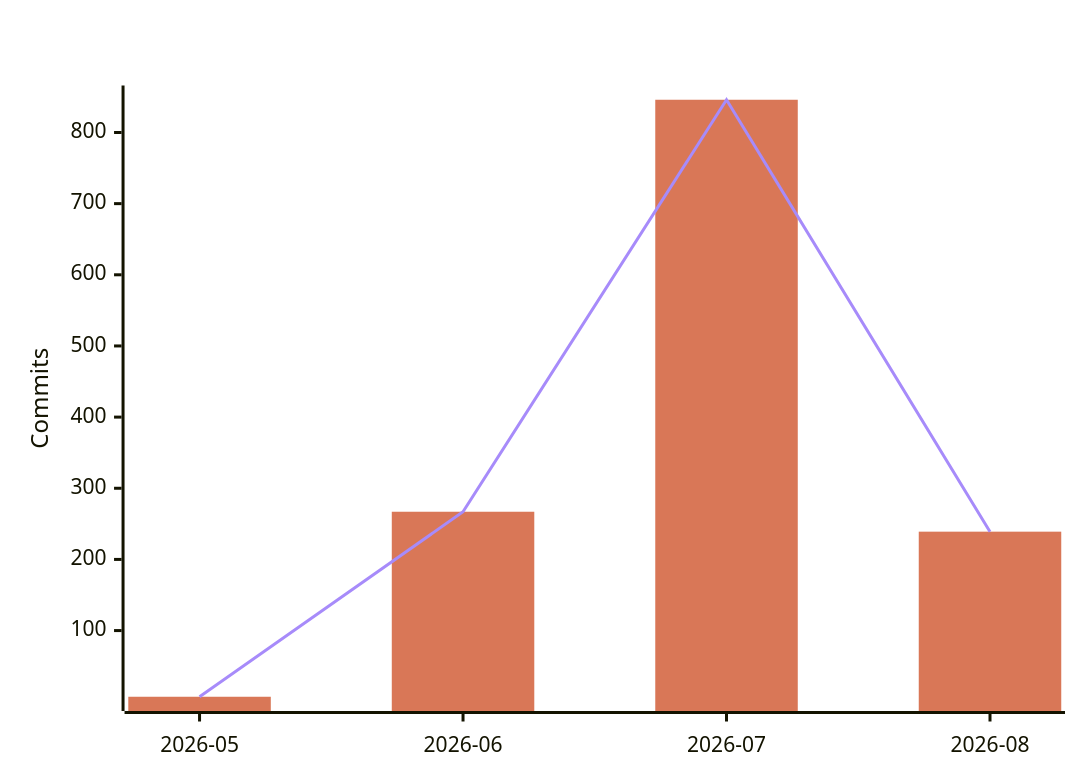
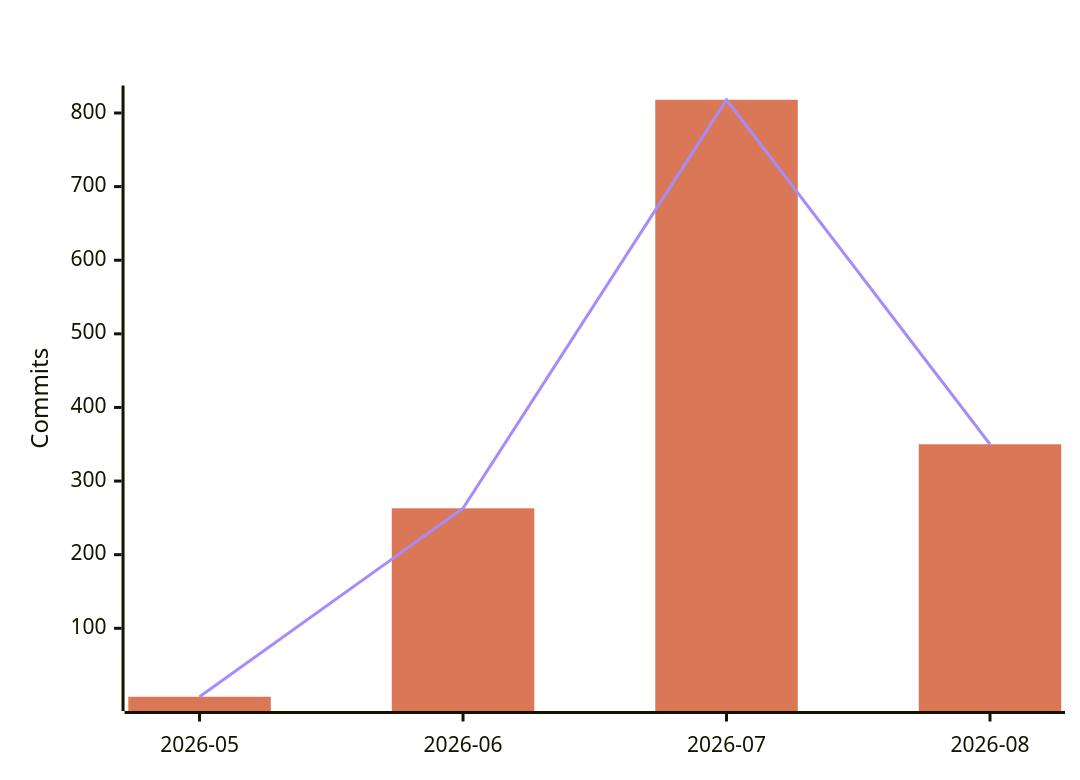
Before and after one commit to polo-nyan/polo-nyan: the fourth of 7 diagrams in README.md, drawn with Mermaid. The commit also changed other lines of this file and 1 other file, not shown here.

````diff
--- a/README.md
+++ b/README.md
@@ -294,9 +294,9 @@
 ```mermaid
 %%{init: {"xyChart": {"titleColor": "#ffffff", "xAxisLabelColor": "#ffffff", "yAxisLabelColor": "#ffffff"}, "themeVariables": {"xyChart": {"titleColor": "#ffffff", "plotColorPalette": "#d97757, #a78bfa"}}}}%%
 xychart-beta
     title "AI-Assisted Commits Per Month"
     x-axis ["2026-05", "2026-06", "2026-07", "2026-08"]
     y-axis "Commits"
-    bar [7, 267, 846, 239]
-    line [7, 267, 846, 239]
+    bar [7, 263, 818, 350]
+    line [7, 263, 818, 350]
 ```
````
